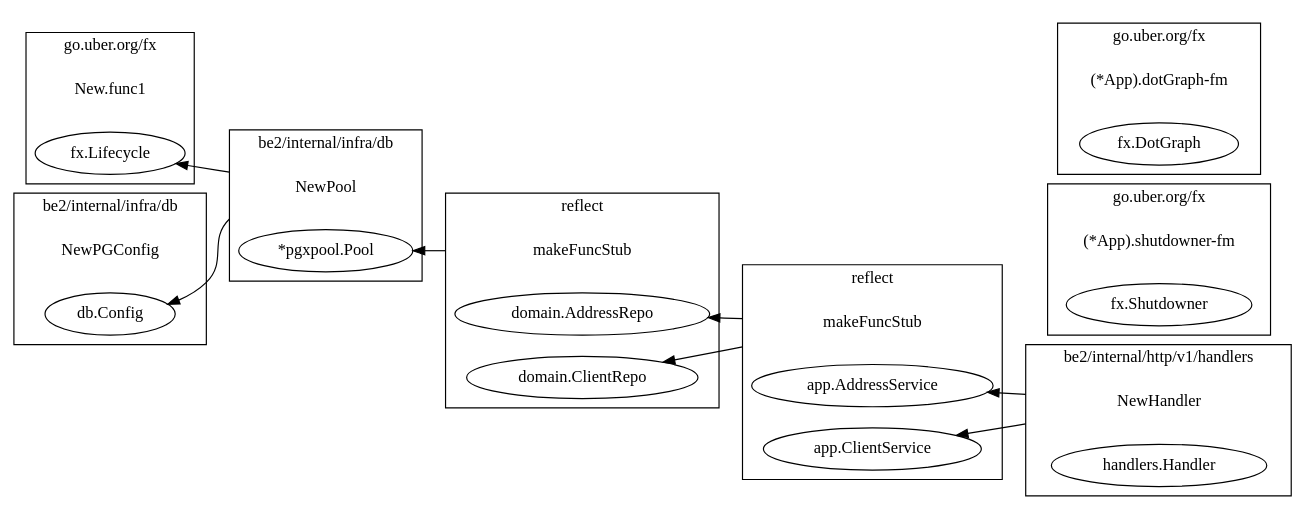
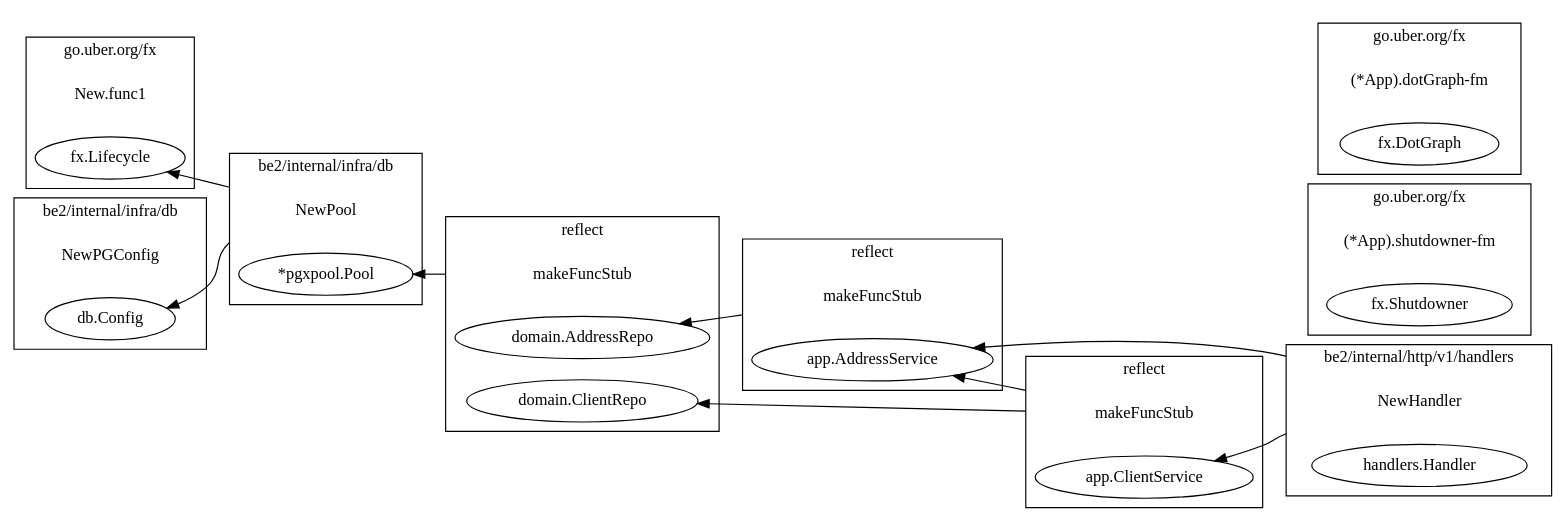
One commit to aldz231188/be2 changed the diagram in src/graph.dot. Above: the diagram before and after it, drawn with Graphviz. The commit also changed 10 other files, not shown here.

```diff
--- a/src/graph.dot
+++ b/src/graph.dot
@@ -1,53 +1,58 @@
 digraph {
 	rankdir=RL;
 	graph [compound=true];
 	subgraph cluster_0 {
 		label = "go.uber.org/fx";
 		constructor_0 [shape=plaintext label="New.func1"];
 		"fx.Lifecycle" [label=<fx.Lifecycle>];
 	}
 	subgraph cluster_1 {
 		label = "go.uber.org/fx";
 		constructor_1 [shape=plaintext label="(*App).shutdowner-fm"];
 		"fx.Shutdowner" [label=<fx.Shutdowner>];
 	}
 	subgraph cluster_2 {
 		label = "go.uber.org/fx";
 		constructor_2 [shape=plaintext label="(*App).dotGraph-fm"];
 		"fx.DotGraph" [label=<fx.DotGraph>];
 	}
 	subgraph cluster_3 {
 		label = "be2/internal/infra/db";
 		constructor_3 [shape=plaintext label="NewPGConfig"];
 		"db.Config" [label=<db.Config>];
 	}
 	subgraph cluster_4 {
 		label = "be2/internal/infra/db";
 		constructor_4 [shape=plaintext label="NewPool"];
 		"*pgxpool.Pool" [label=<*pgxpool.Pool>];
 	}
 	constructor_4 -> "fx.Lifecycle" [ltail=cluster_4];
 	constructor_4 -> "db.Config" [ltail=cluster_4];
 	subgraph cluster_5 {
 		label = "reflect";
 		constructor_5 [shape=plaintext label="makeFuncStub"];
 		"domain.AddressRepo" [label=<domain.AddressRepo>];
 		"domain.ClientRepo" [label=<domain.ClientRepo>];
 	}
 	constructor_5 -> "*pgxpool.Pool" [ltail=cluster_5];
 	subgraph cluster_6 {
 		label = "reflect";
 		constructor_6 [shape=plaintext label="makeFuncStub"];
 		"app.AddressService" [label=<app.AddressService>];
+	}
+	constructor_6 -> "domain.AddressRepo" [ltail=cluster_6];
+	subgraph cluster_7 {
+		label = "reflect";
+		constructor_7 [shape=plaintext label="makeFuncStub"];
 		"app.ClientService" [label=<app.ClientService>];
 	}
-	constructor_6 -> "domain.AddressRepo" [ltail=cluster_6];
-	constructor_6 -> "domain.ClientRepo" [ltail=cluster_6];
-	subgraph cluster_7 {
+	constructor_7 -> "domain.ClientRepo" [ltail=cluster_7];
+	constructor_7 -> "app.AddressService" [ltail=cluster_7];
+	subgraph cluster_8 {
 		label = "be2/internal/http/v1/handlers";
-		constructor_7 [shape=plaintext label="NewHandler"];
+		constructor_8 [shape=plaintext label="NewHandler"];
 		"handlers.Handler" [label=<handlers.Handler>];
 	}
-	constructor_7 -> "app.AddressService" [ltail=cluster_7];
-	constructor_7 -> "app.ClientService" [ltail=cluster_7];
+	constructor_8 -> "app.AddressService" [ltail=cluster_8];
+	constructor_8 -> "app.ClientService" [ltail=cluster_8];
 }
```
